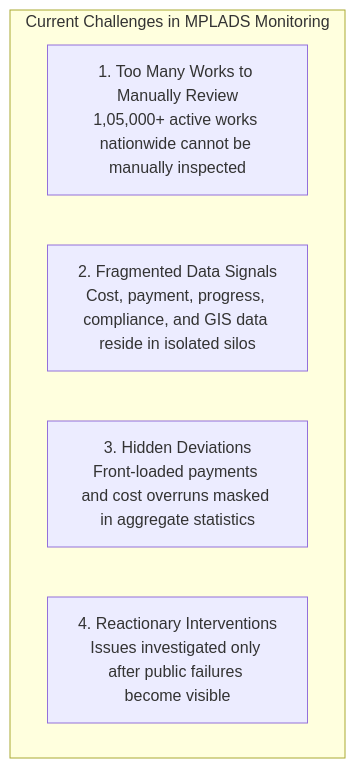
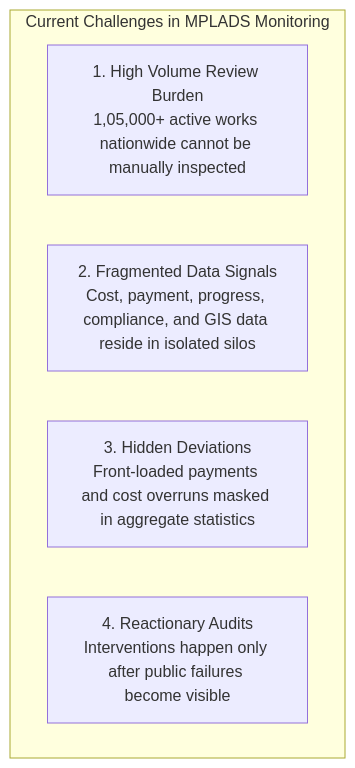
The second of 10 diagrams in README.md (prince7z/MPLads), drawn with Mermaid before and after one commit. The commit also changed other lines of this file, not shown here.

````diff
--- a/README.md
+++ b/README.md
@@ -53,9 +59,9 @@
 ```mermaid
 flowchart TD
     subgraph Current_Challenges ["Current Challenges in MPLADS Monitoring"]
-        P1["1. Too Many Works to Manually Review<br/>1,05,000+ active works nationwide cannot be manually inspected"]
+        P1["1. High Volume Review Burden<br/>1,05,000+ active works nationwide cannot be manually inspected"]
         P2["2. Fragmented Data Signals<br/>Cost, payment, progress, compliance, and GIS data reside in isolated silos"]
         P3["3. Hidden Deviations<br/>Front-loaded payments and cost overruns masked in aggregate statistics"]
-        P4["4. Reactionary Interventions<br/>Issues investigated only after public failures become visible"]
+        P4["4. Reactionary Audits<br/>Interventions happen only after public failures become visible"]
     end
 ```
````
